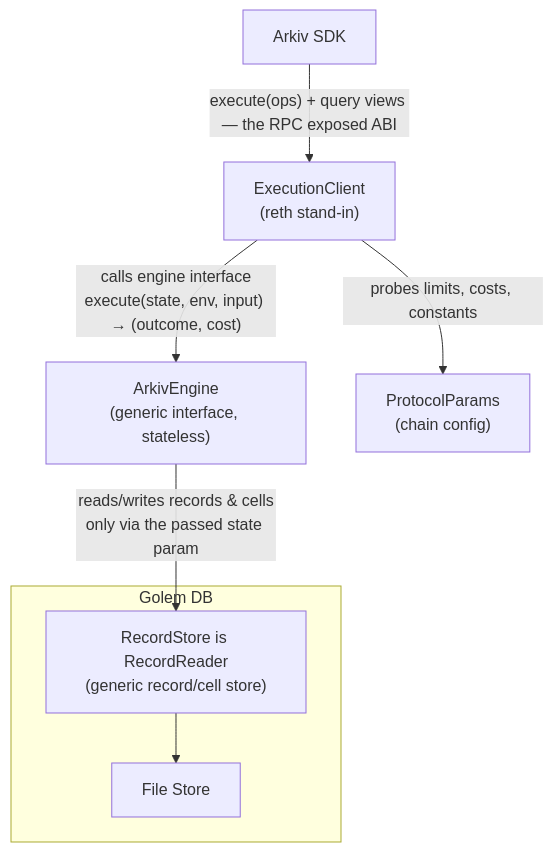
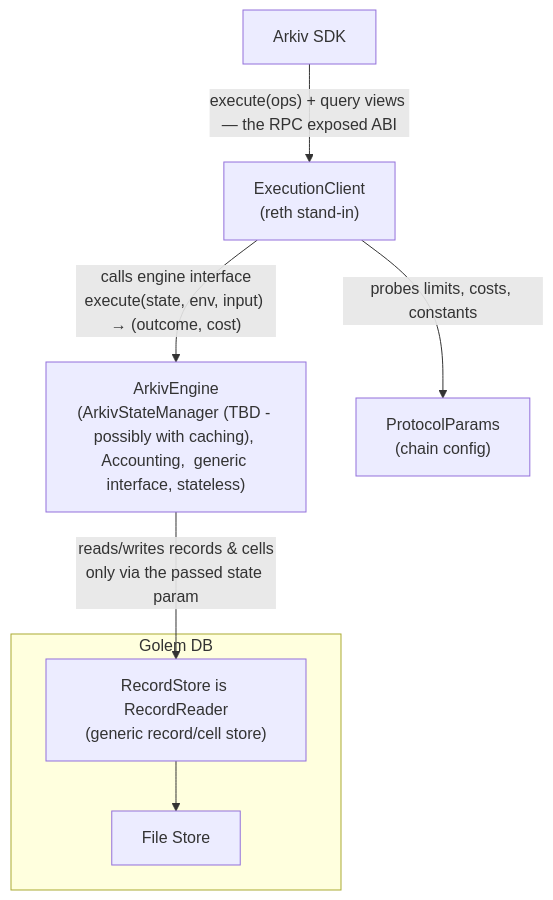
Before and after one commit to Arkiv-Network/arkiv-contracts: the diagram in docs/arkiv-engine.md, drawn with Mermaid.

````diff
--- a/docs/arkiv-engine.md
+++ b/docs/arkiv-engine.md
@@ -5,18 +5,18 @@
 ```mermaid
 graph TD
     SDK["Arkiv SDK"]
     EC["ExecutionClient<br/>(reth stand-in)"]
-    AE["ArkivEngine<br/>(generic interface, stateless)"]
+    AE["ArkivEngine<br/>(ArkivStateManager (TBD - possibly with caching), Accounting,  generic interface, stateless)"]
     PP["ProtocolParams<br/>(chain config)"]
 
     subgraph GD["Golem DB"]
         RS["RecordStore is RecordReader<br/>(generic record/cell store)"]
         FS["File Store"]
         RS --> FS
     end
 
     SDK -->|"execute(ops) + query views — the RPC exposed ABI"| EC
     EC -->|"probes limits, costs, constants"| PP
     EC -->|"calls engine interface<br/>execute(state, env, input) → (outcome, cost)"| AE
     AE -->|"reads/writes records & cells<br/>only via the passed state param"| RS
 ```
````
